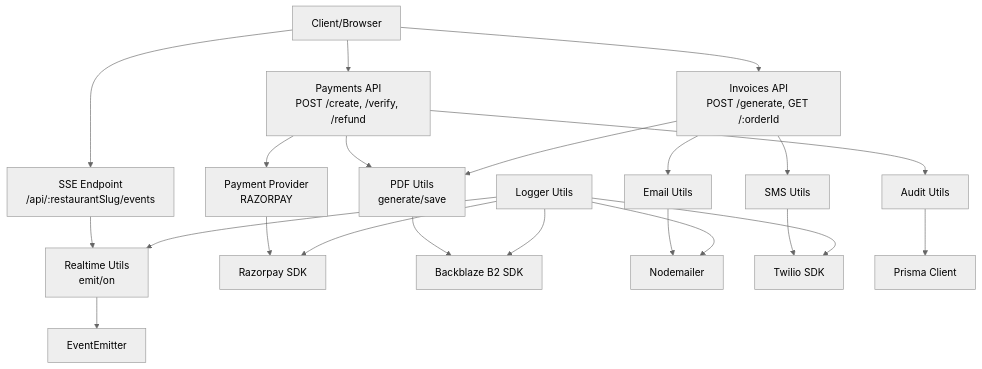
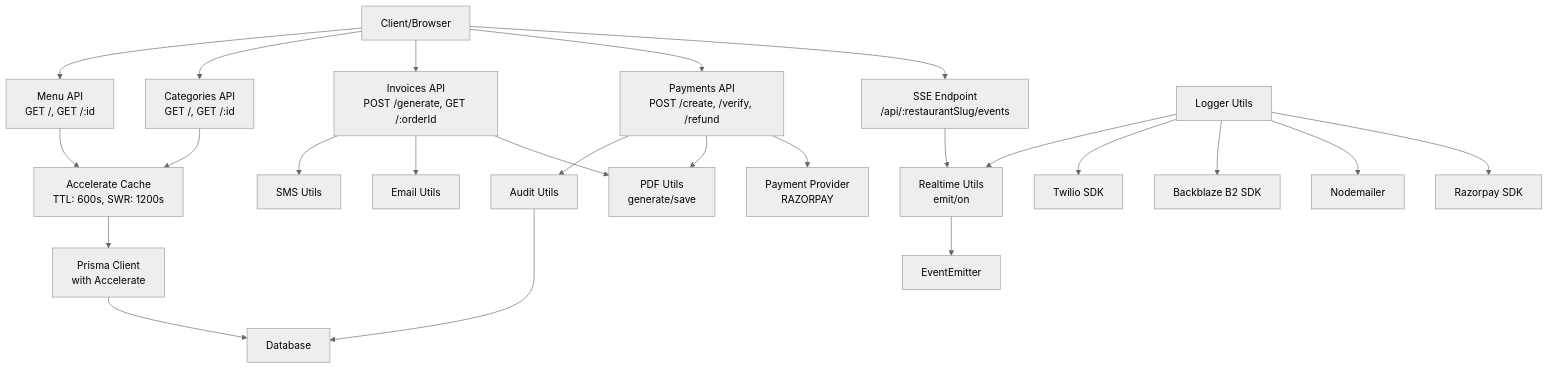
Before and after one commit to Dequeue-Tech/DeQ-Bite: the second of 11 diagrams in .qoder/repowiki/en/content/Backend System/Utility Libraries/Utility Libraries.md, drawn with Mermaid (neutral theme). The commit also changed other lines of this file and 25 other files, not shown here.

````diff
--- a/.qoder/repowiki/en/content/Backend System/Utility Libraries/Utility Libraries.md
+++ b/.qoder/repowiki/en/content/Backend System/Utility Libraries/Utility Libraries.md
@@ -157,24 +187,26 @@
 ```mermaid
 graph TB
 Client["Client/Browser"] --> SSE["SSE Endpoint<br/>/api/:restaurantSlug/events"]
 Client --> PaymentsAPI["Payments API<br/>POST /create, /verify, /refund"]
 Client --> InvoicesAPI["Invoices API<br/>POST /generate, GET /:orderId"]
+Client --> CategoriesAPI["Categories API<br/>GET /, GET /:id"]
+Client --> MenuAPI["Menu API<br/>GET /, GET /:id"]
 SSE --> RTU["Realtime Utils<br/>emit/on"]
 PaymentsAPI --> PLib["Payment Provider<br/>RAZORPAY"]
 PaymentsAPI --> PDFU["PDF Utils<br/>generate/save"]
 PaymentsAPI --> AUDU["Audit Utils"]
 InvoicesAPI --> PDFU
 InvoicesAPI --> EMU["Email Utils"]
 InvoicesAPI --> SMU["SMS Utils"]
-PLib --> RZSDK["Razorpay SDK"]
-PDFU --> B2SDK["Backblaze B2 SDK"]
-EMU --> Nodemailer["Nodemailer"]
-SMU --> Twilio["Twilio SDK"]
+CategoriesAPI --> ACCU["Accelerate Cache<br/>TTL: 600s, SWR: 1200s"]
+MenuAPI --> ACCU
+ACCU --> PRISMA["Prisma Client<br/>with Accelerate"]
+PRISMA --> DB["Database"]
 RTU --> EventEm["EventEmitter"]
-AUDU --> DB["Prisma Client"]
-Logger["Logger Utils"] --> RZSDK
-Logger --> Nodemailer
-Logger --> B2SDK
-Logger --> Twilio
+AUDU --> DB
+Logger["Logger Utils"] --> RZSDK["Razorpay SDK"]
+Logger --> Nodemailer["Nodemailer"]
+Logger --> B2SDK["Backblaze B2 SDK"]
+Logger --> Twilio["Twilio SDK"]
 Logger --> RTU
 ```
````
